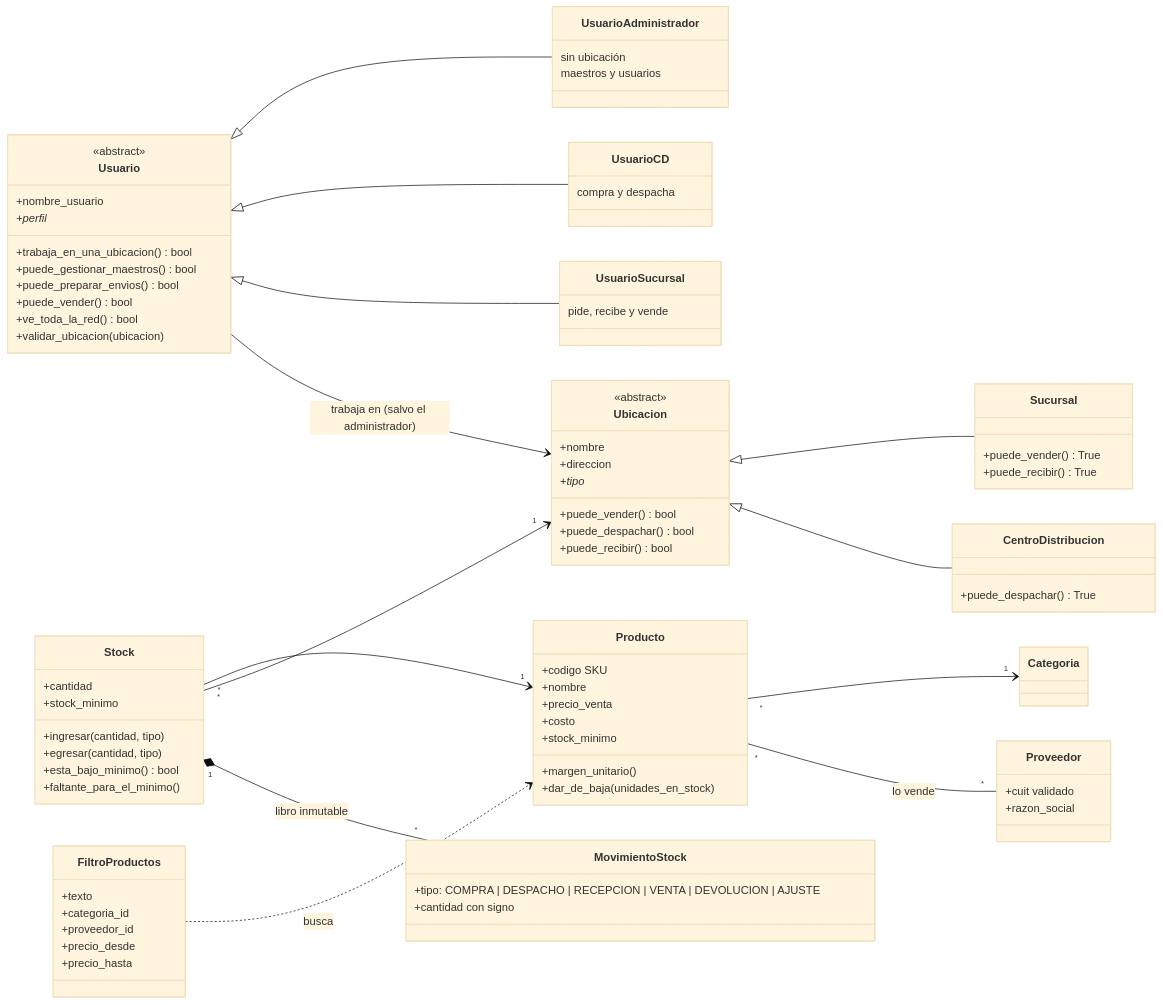
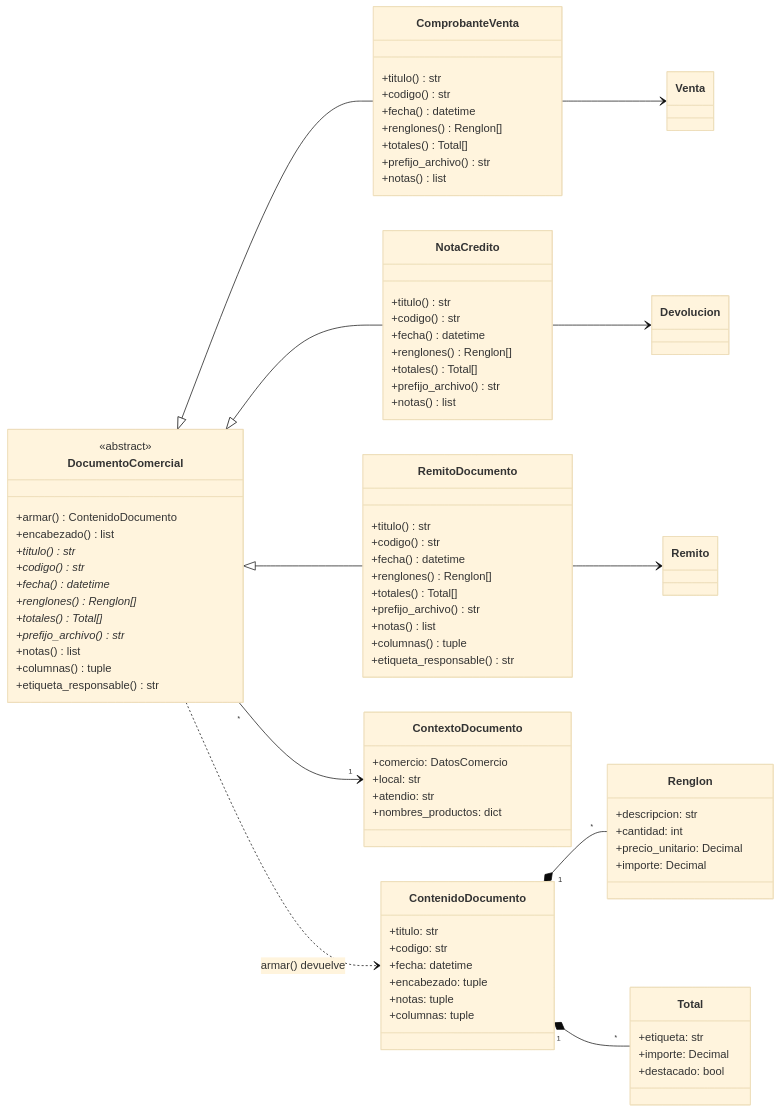
One commit to FrancoCastrillo1/proyecto-dao-ventas changed the eighth of 10 diagrams in tp-dao-tema3/docs/diagramas.md. Above: the diagram before and after it, drawn with Mermaid (base theme). The commit also changed other lines of this file and 58 other files, not shown here.

First line of the commit message:
Reportes: 5 reportes y 3 tableros; seed de 90 dias hasta hoy; diagramas de clases

````diff
--- a/tp-dao-tema3/docs/diagramas.md
+++ b/tp-dao-tema3/docs/diagramas.md
@@ -251,87 +528,83 @@
 ```mermaid
 classDiagram
     direction LR
-    class Ubicacion {
+    class DocumentoComercial {
         <<abstract>>
-        +nombre
-        +direccion
-        +tipo*
-        +puede_vender() bool
-        +puede_despachar() bool
-        +puede_recibir() bool
+        +armar() ContenidoDocumento
+        +encabezado() list
+        +titulo()* str
+        +codigo()* str
+        +fecha()* datetime
+        +renglones()* Renglon[]
+        +totales()* Total[]
+        +prefijo_archivo()* str
+        +notas() list
+        +columnas() tuple
+        +etiqueta_responsable() str
     }
-    class Sucursal {
-        +puede_vender() True
-        +puede_recibir() True
+    class ComprobanteVenta {
+        +titulo() str
+        +codigo() str
+        +fecha() datetime
+        +renglones() Renglon[]
+        +totales() Total[]
+        +prefijo_archivo() str
+        +notas() list
     }
-    class CentroDistribucion {
-        +puede_despachar() True
+    class NotaCredito {
+        +titulo() str
+        +codigo() str
+        +fecha() datetime
+        +renglones() Renglon[]
+        +totales() Total[]
+        +prefijo_archivo() str
+        +notas() list
     }
-    class Usuario {
-        <<abstract>>
-        +nombre_usuario
-        +perfil*
-        +trabaja_en_una_ubicacion() bool
-        +puede_gestionar_maestros() bool
-        +puede_preparar_envios() bool
-        +puede_vender() bool
-        +ve_toda_la_red() bool
-        +validar_ubicacion(ubicacion)
+    class RemitoDocumento {
+        +titulo() str
+        +codigo() str
+        +fecha() datetime
+        +renglones() Renglon[]
+        +totales() Total[]
+        +prefijo_archivo() str
+        +notas() list
+        +columnas() tuple
+        +etiqueta_responsable() str
     }
-    class UsuarioAdministrador {
-        sin ubicación
-        maestros y usuarios
+    class ContextoDocumento {
+        +comercio: DatosComercio
+        +local: str
+        +atendio: str
+        +nombres_productos: dict
     }
-    class UsuarioCD {
-        compra y despacha
+    class ContenidoDocumento {
+        +titulo: str
+        +codigo: str
+        +fecha: datetime
+        +encabezado: tuple
+        +notas: tuple
+        +columnas: tuple
     }
-    class UsuarioSucursal {
-        pide, recibe y vende
+    class Renglon {
+        +descripcion: str
+        +cantidad: int
+        +precio_unitario: Decimal
+        +importe: Decimal
     }
-    class Producto {
-        +codigo SKU
-        +nombre
-        +precio_venta
-        +costo
-        +stock_minimo
-        +margen_unitario()
-        +dar_de_baja(unidades_en_stock)
-    }
-    class Categoria
-    class Proveedor {
-        +cuit validado
-        +razon_social
-    }
-    class Stock {
-        +cantidad
-        +stock_minimo
-        +ingresar(cantidad, tipo)
-        +egresar(cantidad, tipo)
-        +esta_bajo_minimo() bool
-        +faltante_para_el_minimo()
-    }
-    class MovimientoStock {
-        +tipo: COMPRA | DESPACHO | RECEPCION | VENTA | DEVOLUCION | AJUSTE
-        +cantidad con signo
-    }
-    class FiltroProductos {
-        +texto
-        +categoria_id
-        +proveedor_id
-        +precio_desde
-        +precio_hasta
+    class Total {
+        +etiqueta: str
+        +importe: Decimal
+        +destacado: bool
     }
 
-    Ubicacion <|-- Sucursal
-    Ubicacion <|-- CentroDistribucion
-    Usuario <|-- UsuarioAdministrador
-    Usuario <|-- UsuarioCD
-    Usuario <|-- UsuarioSucursal
-    Usuario --> Ubicacion : trabaja en (salvo el administrador)
-    Producto "*" --> "1" Categoria
-    Producto "*" -- "*" Proveedor : lo vende
-    Stock "*" --> "1" Producto
-    Stock "*" --> "1" Ubicacion
-    Stock "1" *-- "*" MovimientoStock : libro inmutable
-    FiltroProductos ..> Producto : busca
+    DocumentoComercial <|-- ComprobanteVenta
+    DocumentoComercial <|-- NotaCredito
+    DocumentoComercial <|-- RemitoDocumento
+    DocumentoComercial "*" --> "1" ContextoDocumento
+    DocumentoComercial ..> ContenidoDocumento : armar() devuelve
+    ContenidoDocumento "1" *-- "*" Renglon
+    ContenidoDocumento "1" *-- "*" Total
+    ComprobanteVenta --> Venta
+    NotaCredito --> Devolucion
+    RemitoDocumento --> Remito
 ```
````
